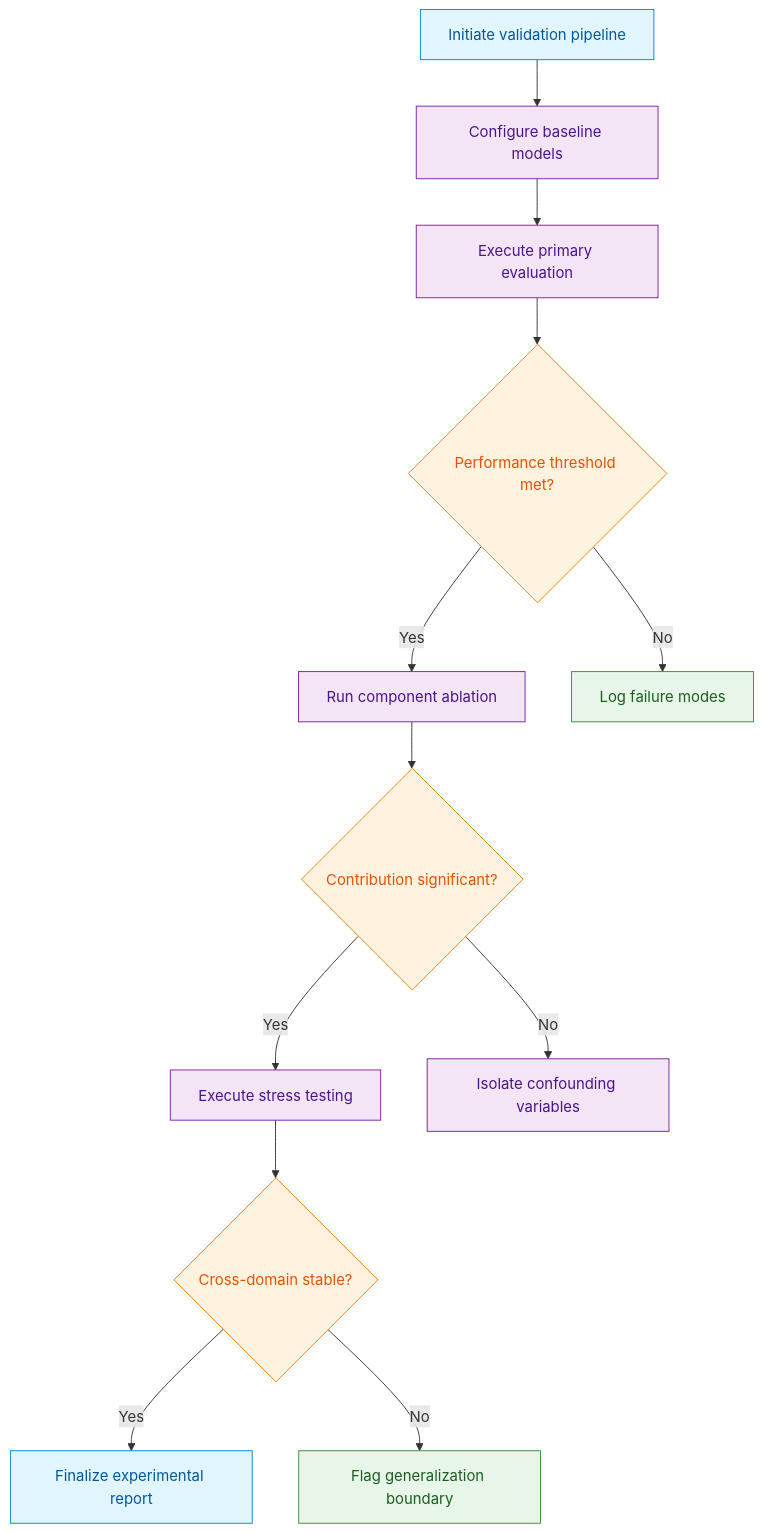
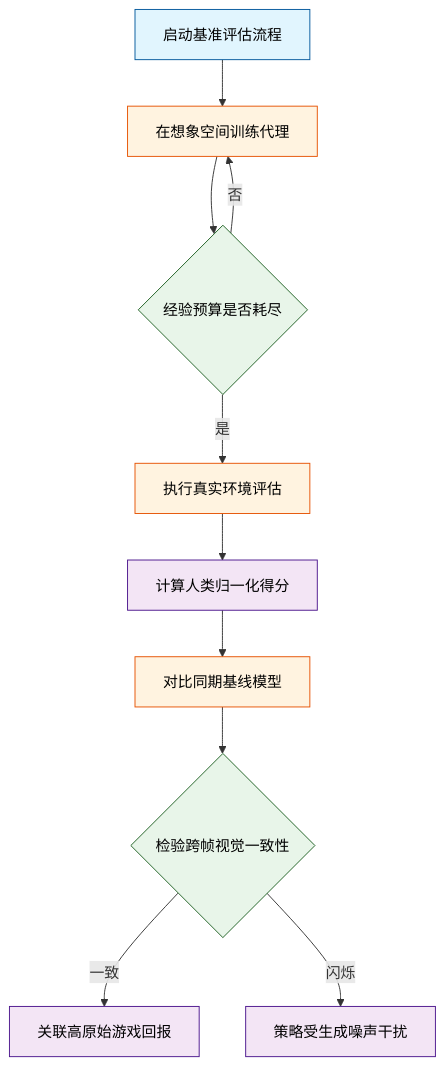
The fifth of 10 diagrams in person_vault/2026-06-12_DiffusionForWorldModelingVisualDetailsMa_2405.12399/report.md (ShinewineW/paper-rolling), drawn with Mermaid before and after one commit. The commit also changed other lines of this file and 51 other files, not shown here.

````diff
--- a/person_vault/2026-06-12_DiffusionForWorldModelingVisualDetailsMa_2405.12399/report.md
+++ b/person_vault/2026-06-12_DiffusionForWorldModelingVisualDetailsMa_2405.12399/report.md
@@ -232,19 +318,17 @@
 ```mermaid
 flowchart TD
-    classDef start_end fill:#e1f5fe,color:#01579b,stroke:#0288d1
-    classDef process fill:#f3e5f5,color:#4a148c,stroke:#7b1fa2
-    classDef decision fill:#fff3e0,color:#e65100,stroke:#f57c00
-    classDef data fill:#e8f5e9,color:#1b5e20,stroke:#388e3c
+    classDef start fill:#e1f5fe,color:#000,stroke:#01579b
+    classDef process fill:#fff3e0,color:#000,stroke:#e65100
+    classDef decision fill:#e8f5e9,color:#000,stroke:#1b5e20
+    classDef data fill:#f3e5f5,color:#000,stroke:#4a148c
 
-    init_exp["Initiate validation pipeline"]:::start_end --> setup_baselines["Configure baseline models"]:::process
-    setup_baselines --> run_main_eval["Execute primary evaluation"]:::process
-    run_main_eval --> check_perf{Performance threshold met?}:::decision
-    check_perf -->|Yes| run_ablation["Run component ablation"]:::process
-    check_perf -->|No| log_failure["Log failure modes"]:::data
-    run_ablation --> check_contrib{Contribution significant?}:::decision
-    check_contrib -->|Yes| run_stress["Execute stress testing"]:::process
-    check_contrib -->|No| isolate_noise["Isolate confounding variables"]:::process
-    run_stress --> check_robust{Cross-domain stable?}:::decision
-    check_robust -->|Yes| finalize["Finalize experimental report"]:::start_end
-    check_robust -->|No| flag_boundary["Flag generalization boundary"]:::data
+    start_eval["启动基准评估流程"]:::start --> train_wm["在想象空间训练代理"]:::process
+    train_wm --> budget_check{经验预算是否耗尽}:::decision
+    budget_check -- 否 --> train_wm
+    budget_check -- 是 --> eval_real["执行真实环境评估"]:::process
+    eval_real --> calc_hns["计算人类归一化得分"]:::data
+    calc_hns --> compare_baseline["对比同期基线模型"]:::process
+    compare_baseline --> check_consistency{检验跨帧视觉一致性}:::decision
+    check_consistency -- 一致 --> high_return["关联高原始游戏回报"]:::data
+    check_consistency -- 闪烁 --> low_return["策略受生成噪声干扰"]:::data
 ```
````
